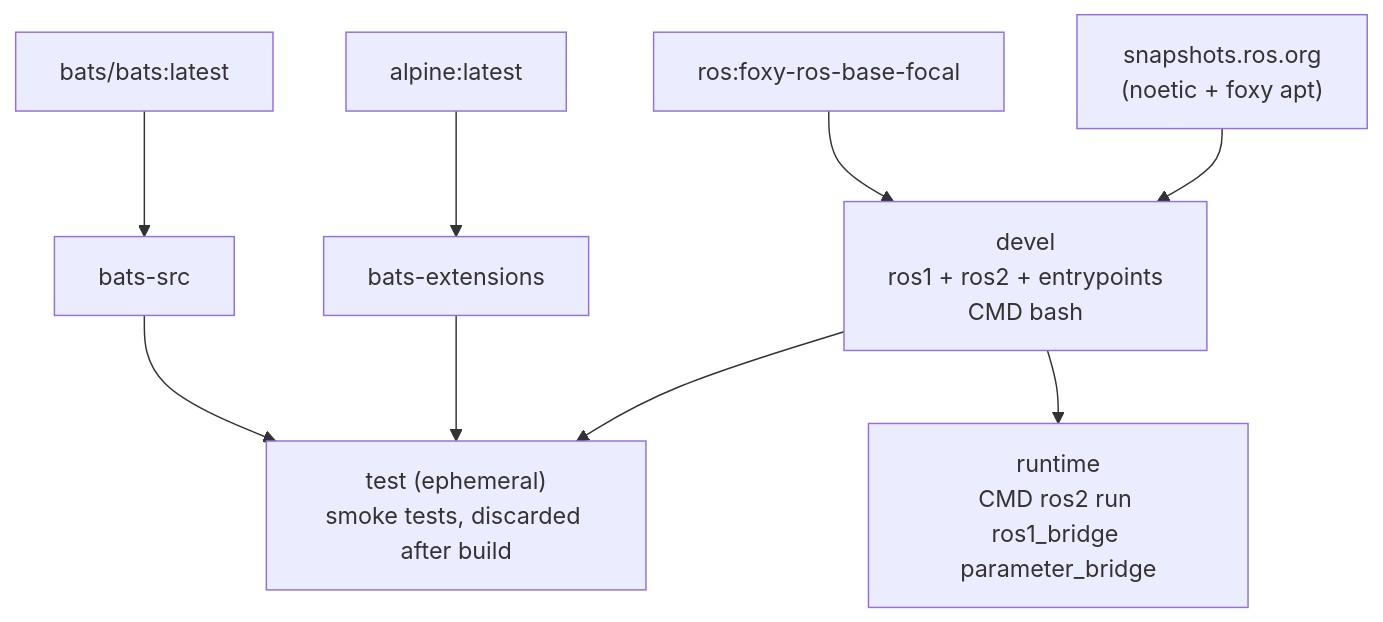
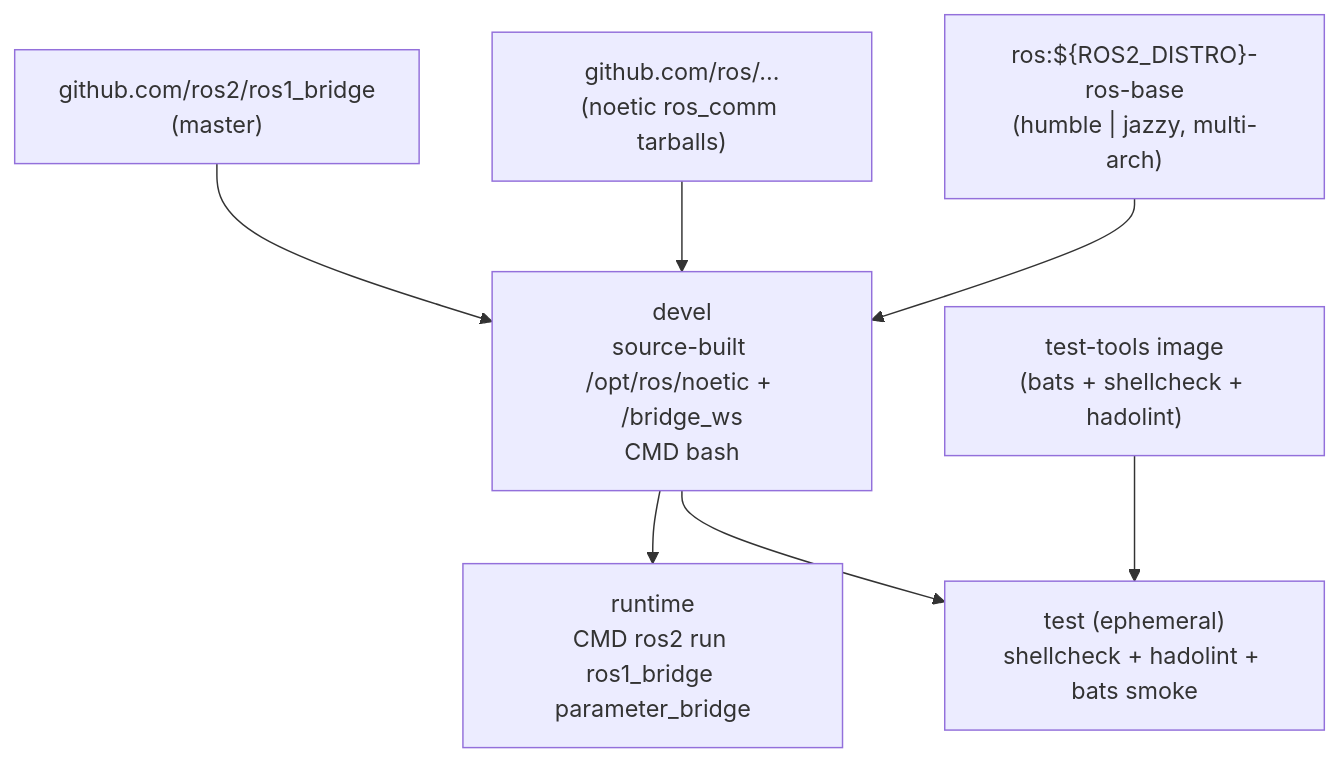
The diagram in README.md (ycpss91255-docker/ros1_bridge), drawn with Mermaid before and after one commit. The commit also changed other lines of this file and 8 other files, not shown here.

First line of the commit message:
docs+lint: align README/CHANGELOG/TEST.md with source-build refactor; fix Dockerfile lint + bats flunk

````diff
--- a/README.md
+++ b/README.md
@@ -184,20 +185,17 @@
 ```mermaid
 graph TD
-    EXT1["bats/bats:latest"]
-    EXT2["alpine:latest"]
-    EXT3["ros:foxy-ros-base-focal"]
-    EXT4["snapshots.ros.org\n(noetic + foxy apt)"]
+    EXT1["test-tools image\n(bats + shellcheck + hadolint)"]
+    EXT3["ros:${ROS2_DISTRO}-ros-base\n(humble | jazzy, multi-arch)"]
+    EXT4["github.com/ros/...\n(noetic ros_comm tarballs)"]
+    EXT5["github.com/ros2/ros1_bridge\n(master)"]
 
-    EXT1 --> bats-src["bats-src"]
-    EXT2 --> bats-ext["bats-extensions"]
-
-    EXT3 --> devel["devel\nros1 + ros2 + entrypoints\nCMD bash"]
+    EXT3 --> devel["devel\nsource-built /opt/ros/noetic + /bridge_ws\nCMD bash"]
     EXT4 --> devel
+    EXT5 --> devel
 
     devel --> runtime["runtime\nCMD ros2 run ros1_bridge parameter_bridge"]
 
-    bats-src --> test["test (ephemeral)\nsmoke tests, discarded after build"]
-    bats-ext --> test
+    EXT1 --> test["test (ephemeral)\nshellcheck + hadolint + bats smoke"]
     devel --> test
 
 ```
````
